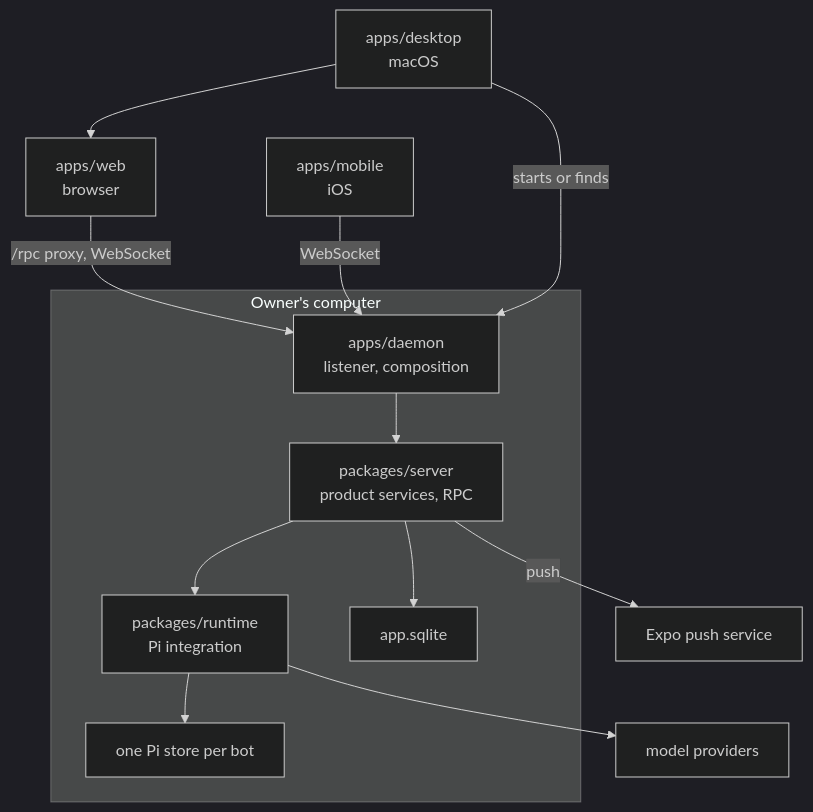
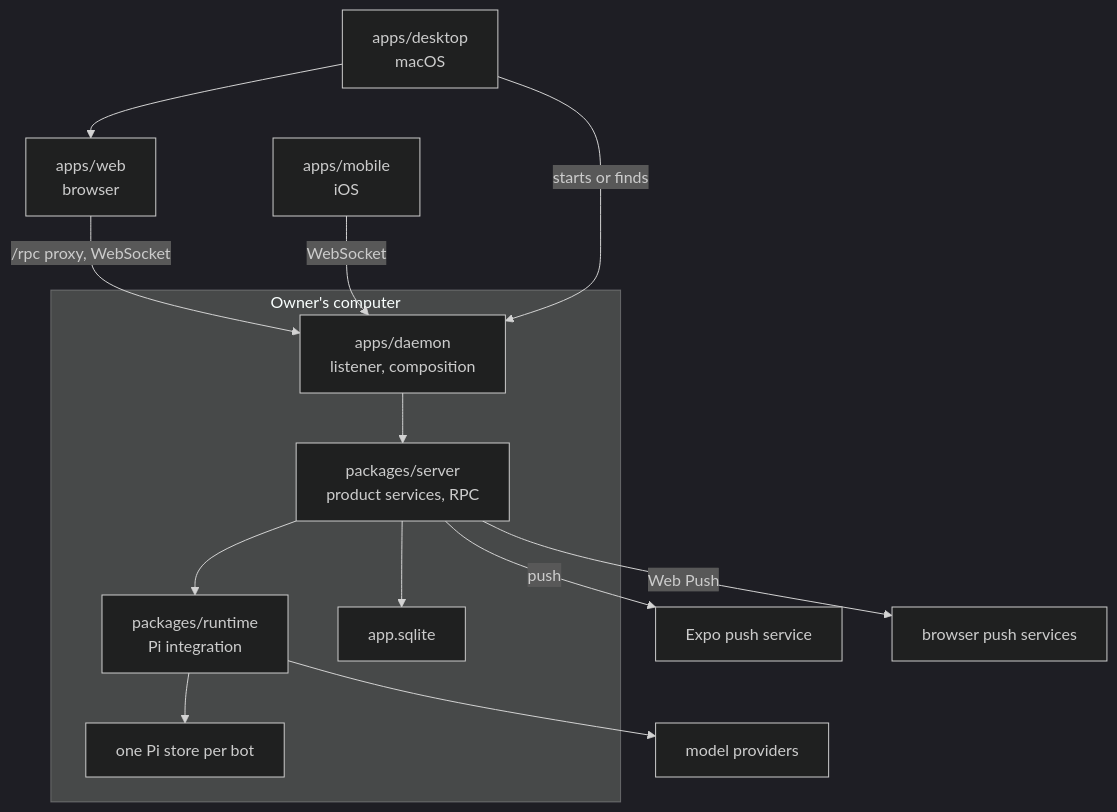
One commit to meetvinci/vinci changed the first of 4 diagrams in .agents/references/architecture.md. Above: the diagram before and after it, drawn with Mermaid (dark theme). The commit also changed other lines of this file and 51 other files, not shown here.

First line of the commit message:
PWA: installable web app with Web Push notifications, proven through the hub with real FCM

````diff
--- a/.agents/references/architecture.md
+++ b/.agents/references/architecture.md
@@ -18,15 +18,16 @@
 ```mermaid
 flowchart TB
   Web["apps/web<br/>browser"] -->|"/rpc proxy, WebSocket"| Daemon
   Mobile["apps/mobile<br/>iOS"] -->|"WebSocket"| Daemon
   Desktop["apps/desktop<br/>macOS"] -->|"starts or finds"| Daemon
   Desktop --> Web
   subgraph Host["Owner's computer"]
     Daemon["apps/daemon<br/>listener, composition"] --> Server["packages/server<br/>product services, RPC"]
     Server --> Runtime["packages/runtime<br/>Pi integration"]
     Runtime --> Stores["one Pi store per bot"]
     Server --> SQL["app.sqlite"]
   end
   Runtime --> Models["model providers"]
   Server -->|"push"| Expo["Expo push service"]
+  Server -->|"Web Push"| WebPush["browser push services"]
 ```
````
